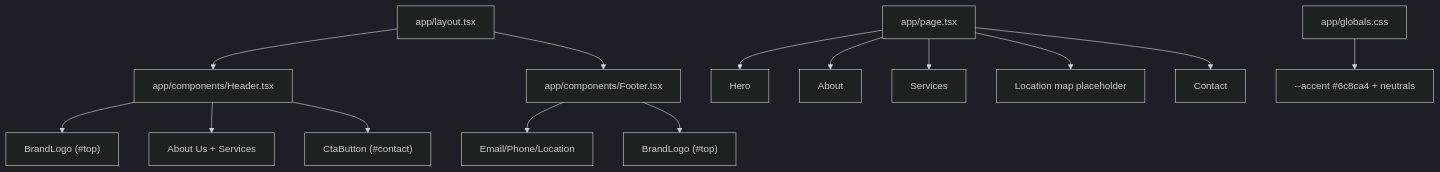
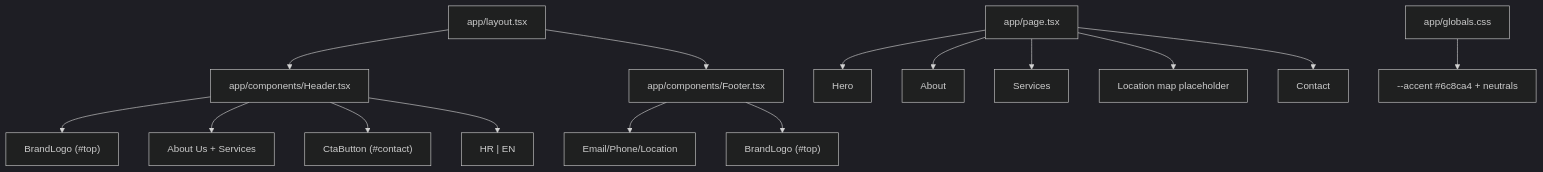
One commit to ipavic933-spec/website-pavic changed the diagram in lode/ui/summary.md. Above: the diagram before and after it, drawn with Mermaid (dark theme). The commit also changed other lines of this file and 23 other files, not shown here.

````diff
--- a/lode/ui/summary.md
+++ b/lode/ui/summary.md
@@ -14,16 +15,17 @@
 ```mermaid
 graph TD
   Layout["app/layout.tsx"] --> Header["app/components/Header.tsx"]
   Header --> Branding["BrandLogo (#top)"]
   Header --> Nav["About Us + Services"]
   Header --> HeaderCTA["CtaButton (#contact)"]
+  Header --> LangSwitch["HR | EN"]
   Layout --> Footer["app/components/Footer.tsx"]
   Footer --> FooterContacts["Email/Phone/Location"]
   Footer --> FooterBrand["BrandLogo (#top)"]
   HomePage["app/page.tsx"] --> Hero
   HomePage --> About
   HomePage --> Services
   HomePage --> Map["Location map placeholder"]
   HomePage --> Contact
   Globals["app/globals.css"] --> Palette["--accent #6c8ca4 + neutrals"]
 ```
````
